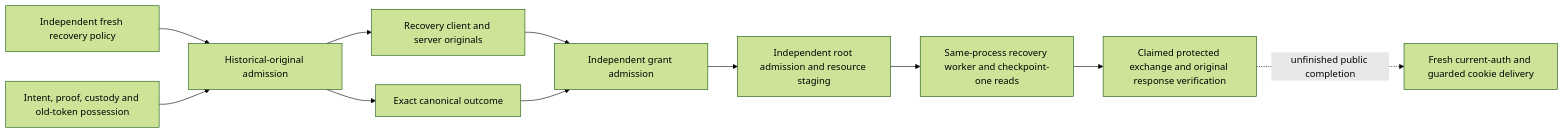
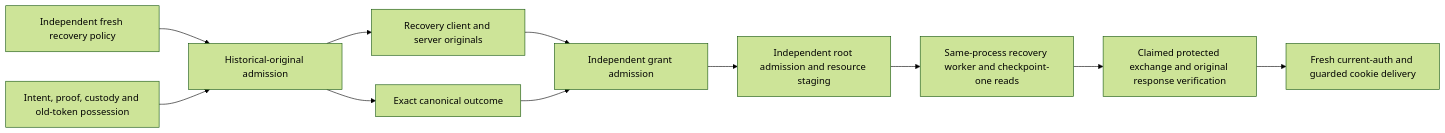
Before and after one commit to AndrewMohawk/catchplate: the second of 2 diagrams in docs/oidc-session-activation-public-recovery.md, drawn with Mermaid (forest theme). The commit also changed other lines of this file and 21 other files, not shown here.

Commit message:
feat(auth): connect guarded public session recovery delivery

````diff
--- a/docs/oidc-session-activation-public-recovery.md
+++ b/docs/oidc-session-activation-public-recovery.md
@@ -185,13 +187,13 @@
 ```mermaid
 flowchart LR
   P[Independent fresh recovery policy] --> G[Historical-original admission]
   H[Intent, proof, custody and old-token possession] --> G
   G --> C[Recovery client and server originals]
   G --> O[Exact canonical outcome]
   C --> V[Independent grant admission]
   O --> V
   V --> D[Independent root admission and resource staging]
   D --> S[Same-process recovery worker and checkpoint-one reads]
   S --> X[Claimed protected exchange and original response verification]
-  X -. unfinished public completion .-> R[Fresh current-auth and guarded cookie delivery]
+  X --> R[Fresh current-auth and guarded cookie delivery]
 ```
````
